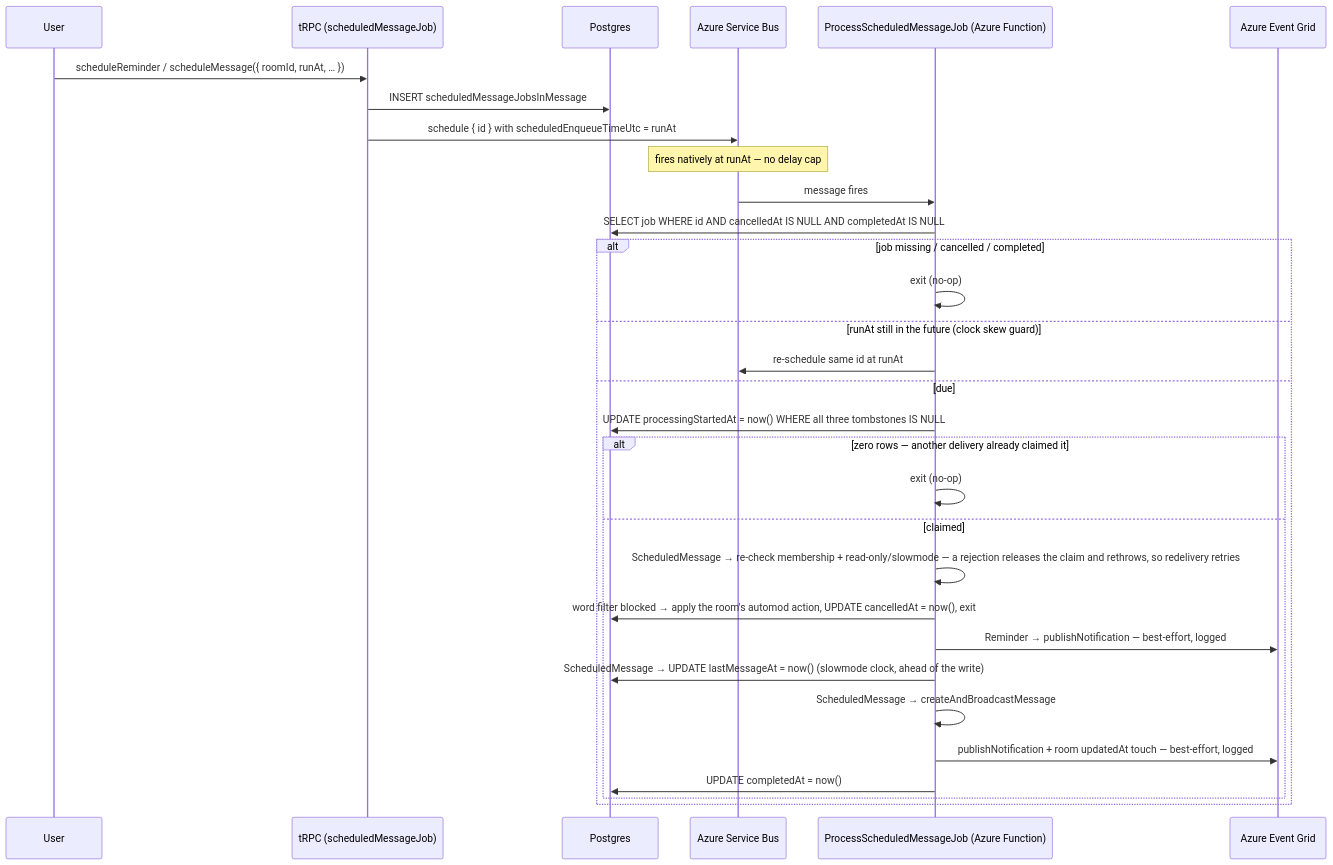
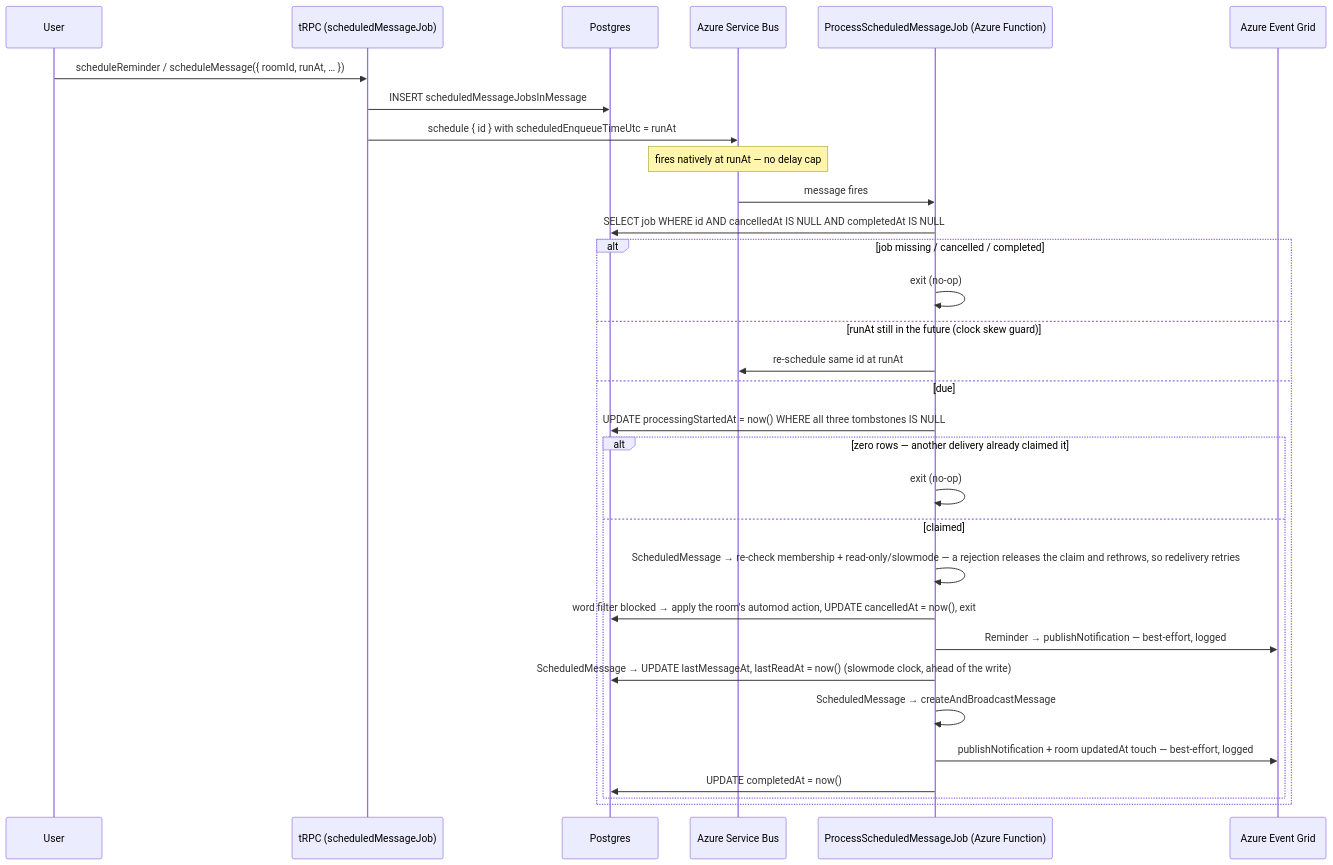
The diagram in apps/web/content/docs/esbabbler/scheduled-messages.md (Esposter/Esposter), drawn with Mermaid before and after one commit. The commit also changed 17 other files, not shown here.

First line of the commit message:
fix(esbabbler): a read marker of its own, so marking a room unread can no longer reset the slowmode clock

````diff
--- a/apps/web/content/docs/esbabbler/scheduled-messages.md
+++ b/apps/web/content/docs/esbabbler/scheduled-messages.md
@@ -12,35 +12,35 @@
 ```mermaid
 sequenceDiagram
     participant U as User
     participant T as tRPC (scheduledMessageJob)
     participant DB as Postgres
     participant Q as Azure Service Bus
     participant F as ProcessScheduledMessageJob (Azure Function)
     participant EG as Azure Event Grid
 
     U->>T: scheduleReminder / scheduleMessage({ roomId, runAt, … })
     T->>DB: INSERT scheduledMessageJobsInMessage
     T->>Q: schedule { id } with scheduledEnqueueTimeUtc = runAt
     Note over Q: fires natively at runAt — no delay cap
 
     Q->>F: message fires
     F->>DB: SELECT job WHERE id AND cancelledAt IS NULL AND completedAt IS NULL
     alt job missing / cancelled / completed
         F->>F: exit (no-op)
     else runAt still in the future (clock skew guard)
         F->>Q: re-schedule same id at runAt
     else due
         F->>DB: UPDATE processingStartedAt = now() WHERE all three tombstones IS NULL
         alt zero rows — another delivery already claimed it
             F->>F: exit (no-op)
         else claimed
             F->>F: ScheduledMessage → re-check membership + read-only/slowmode — a rejection releases the claim and rethrows, so redelivery retries
             F->>DB: word filter blocked → apply the room's automod action, UPDATE cancelledAt = now(), exit
             F->>EG: Reminder → publishNotification — best-effort, logged
-            F->>DB: ScheduledMessage → UPDATE lastMessageAt = now() (slowmode clock, ahead of the write)
+            F->>DB: ScheduledMessage → UPDATE lastMessageAt, lastReadAt = now() (slowmode clock, ahead of the write)
             F->>F: ScheduledMessage → createAndBroadcastMessage
             F->>EG: publishNotification + room updatedAt touch — best-effort, logged
             F->>DB: UPDATE completedAt = now()
         end
     end
 ```
````
